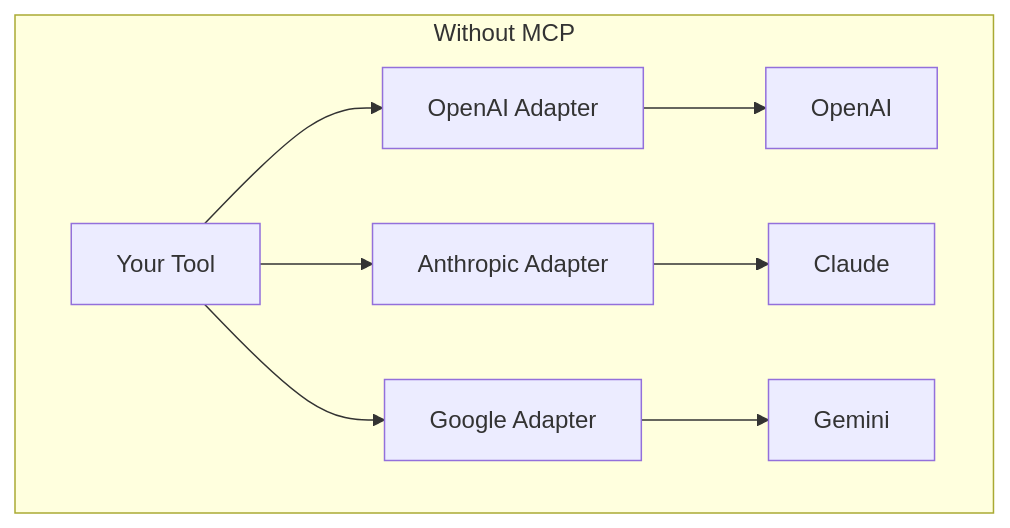
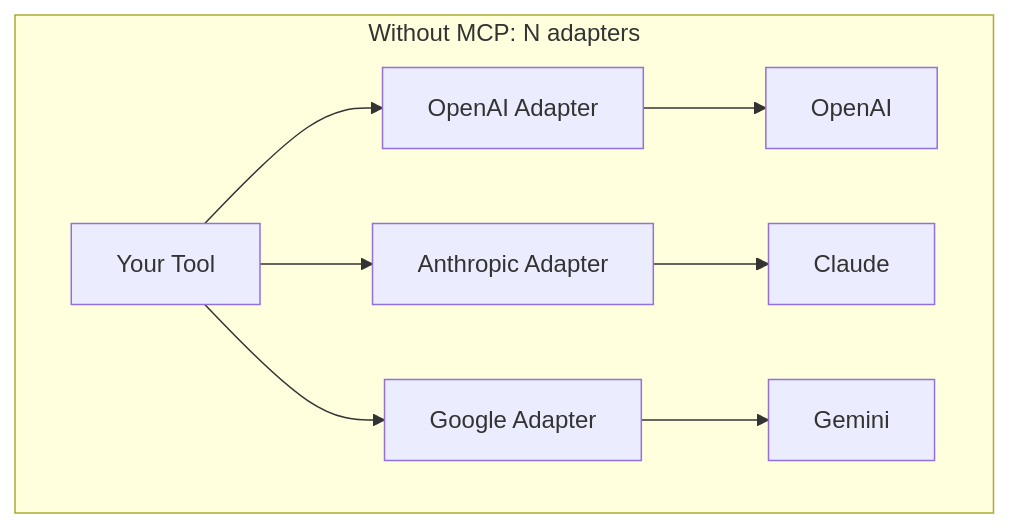
One commit to Casys-AI/casys-pml changed the first of 4 diagrams in src/web/posts/2025-12-18-why-mcp-protocol.md. Above: the diagram before and after it, drawn with Mermaid. The commit also changed other lines of this file and 3 other files, not shown here.

````diff
--- a/src/web/posts/2025-12-18-why-mcp-protocol.md
+++ b/src/web/posts/2025-12-18-why-mcp-protocol.md
@@ -29,11 +34,11 @@
 ```mermaid
 graph TD
-    subgraph "Without MCP"
+    subgraph "Without MCP: N adapters"
         T1[Your Tool] --> A1[OpenAI Adapter]
         T1 --> A2[Anthropic Adapter]
         T1 --> A3[Google Adapter]
         A1 --> M1[OpenAI]
         A2 --> M2[Claude]
         A3 --> M3[Gemini]
     end
 ```
````
